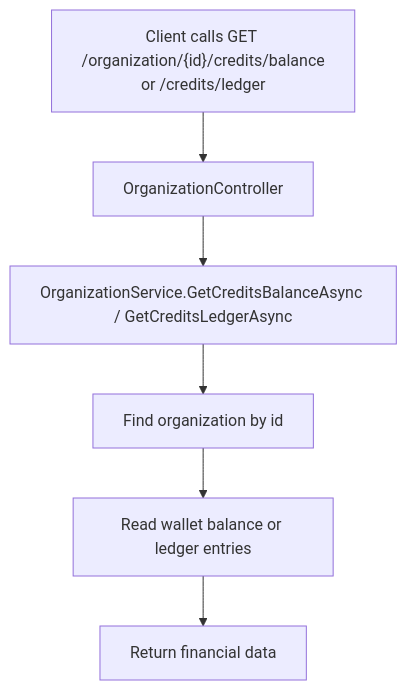
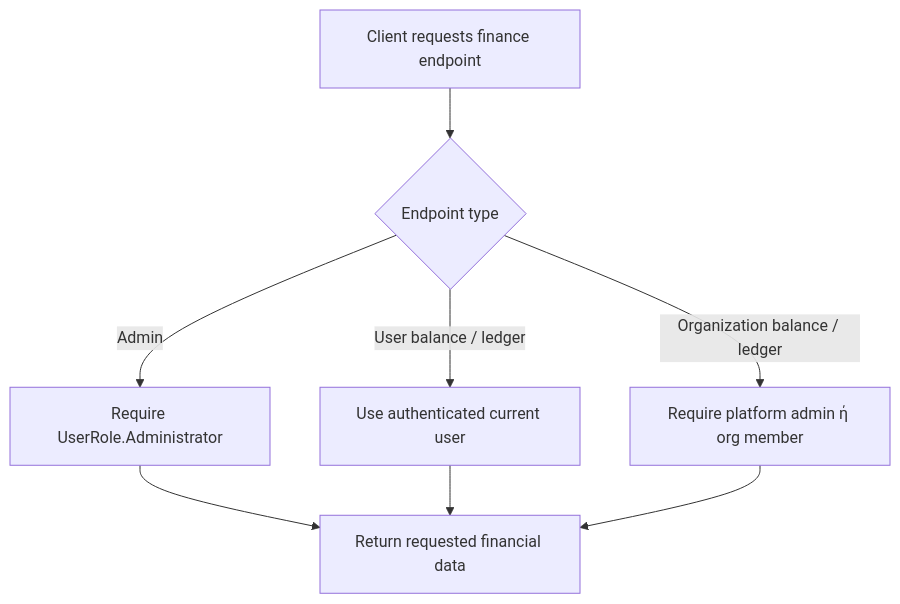
Before and after one commit to mtimoleon/notebook: the seventh of 8 diagrams in Notes/Auth/Projects/RAISE/Documentation/Credit System Documentation.md, drawn with Mermaid. The commit also changed other lines of this file and 36 other files, not shown here.

````diff
--- a/Notes/Auth/Projects/RAISE/Documentation/Credit System Documentation.md
+++ b/Notes/Auth/Projects/RAISE/Documentation/Credit System Documentation.md
@@ -469,8 +510,10 @@
 ```mermaid
 flowchart TD
-    A["Client calls GET /organization/{id}/credits/balance<br/>or /credits/ledger"] --> B[OrganizationController]
-    B --> C[OrganizationService.GetCreditsBalanceAsync / GetCreditsLedgerAsync]
-    C --> D[Find organization by id]
-    D --> E[Read wallet balance or ledger entries]
-    E --> F[Return financial data]
+    A[Client requests finance endpoint] --> B{Endpoint type}
+    B -->|Admin| C[Require UserRole.Administrator]
+    B -->|User balance / ledger| D[Use authenticated current user]
+    B -->|Organization balance / ledger| E[Require platform admin ή org member]
+    C --> F[Return requested financial data]
+    D --> F
+    E --> F
 ```
````
